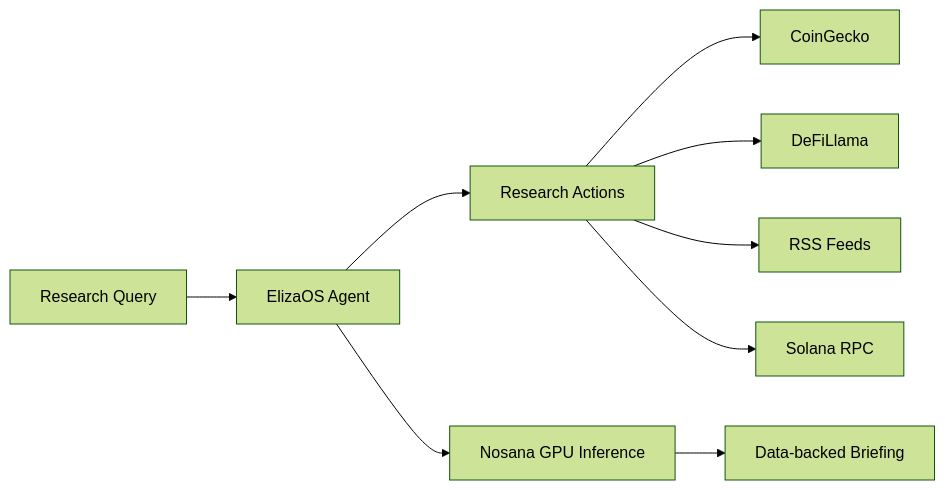
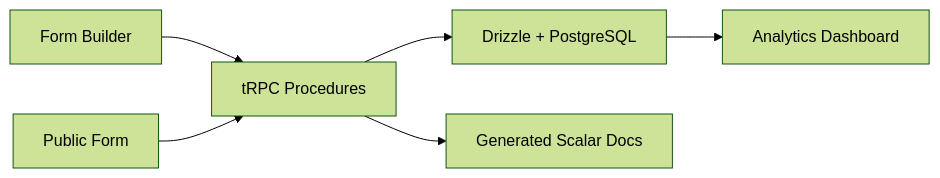
The third of 3 diagrams in README.md (himanshu748/himanshu748), drawn with Mermaid (forest theme) before and after one commit. The commit also changed other lines of this file, not shown here.

````diff
--- a/README.md
+++ b/README.md
@@ -133,11 +129,8 @@
 ```mermaid
 flowchart LR
-  USER["Research Query"] --> AGENT["ElizaOS Agent"]
-  AGENT --> ACTIONS["Research Actions"]
-  ACTIONS --> CG["CoinGecko"]
-  ACTIONS --> DL["DeFiLlama"]
-  ACTIONS --> RSS["RSS Feeds"]
-  ACTIONS --> SOL["Solana RPC"]
-  AGENT --> NOS["Nosana GPU Inference"]
-  NOS --> REPORT["Data-backed Briefing"]
+  BUILDER["Form Builder"] --> TRPC["tRPC Procedures"]
+  PUBLIC["Public Form"] --> TRPC
+  TRPC --> DB["Drizzle + PostgreSQL"]
+  DB --> ANALYTICS["Analytics Dashboard"]
+  TRPC --> DOCS["Generated Scalar Docs"]
 ```
````
